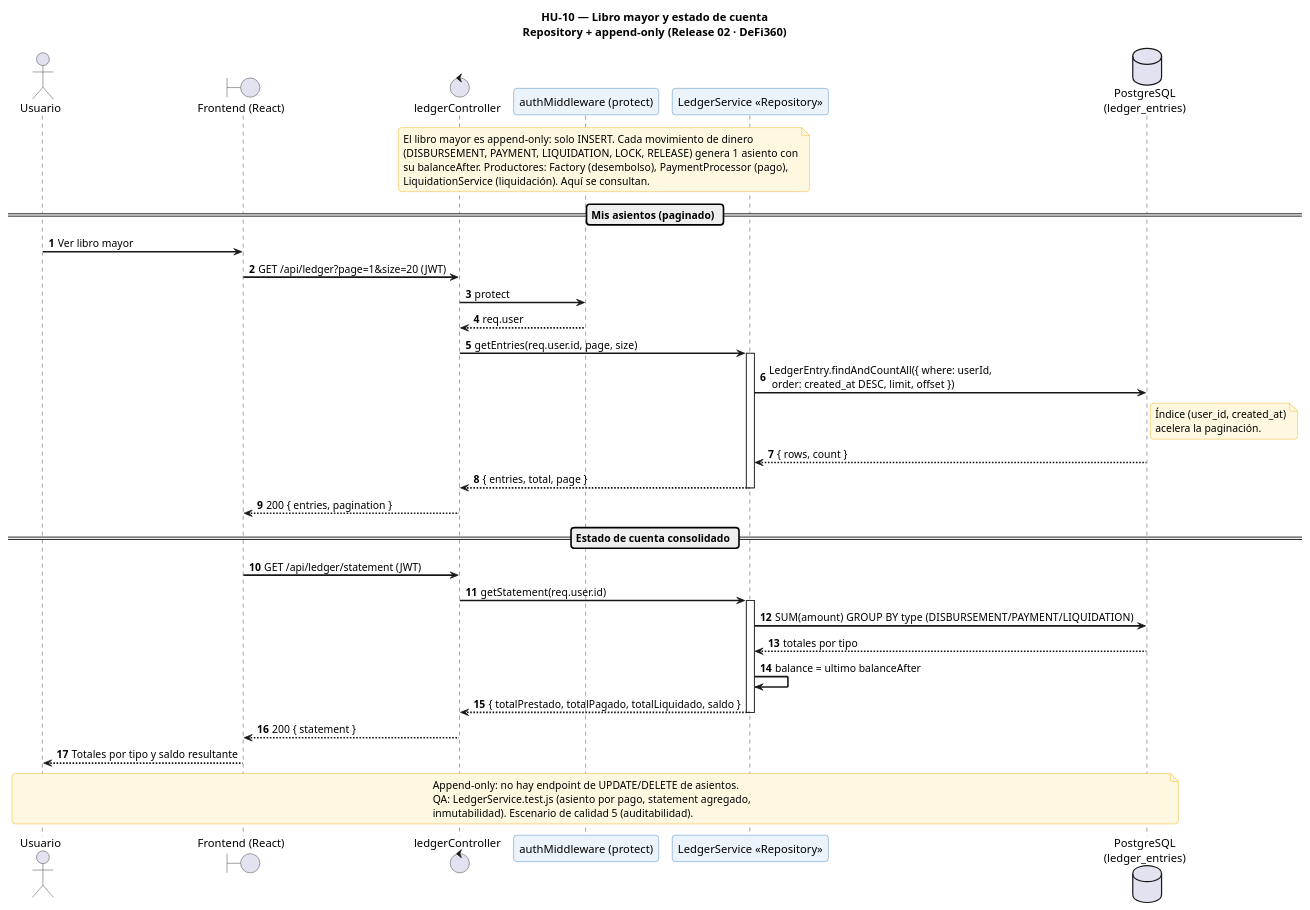
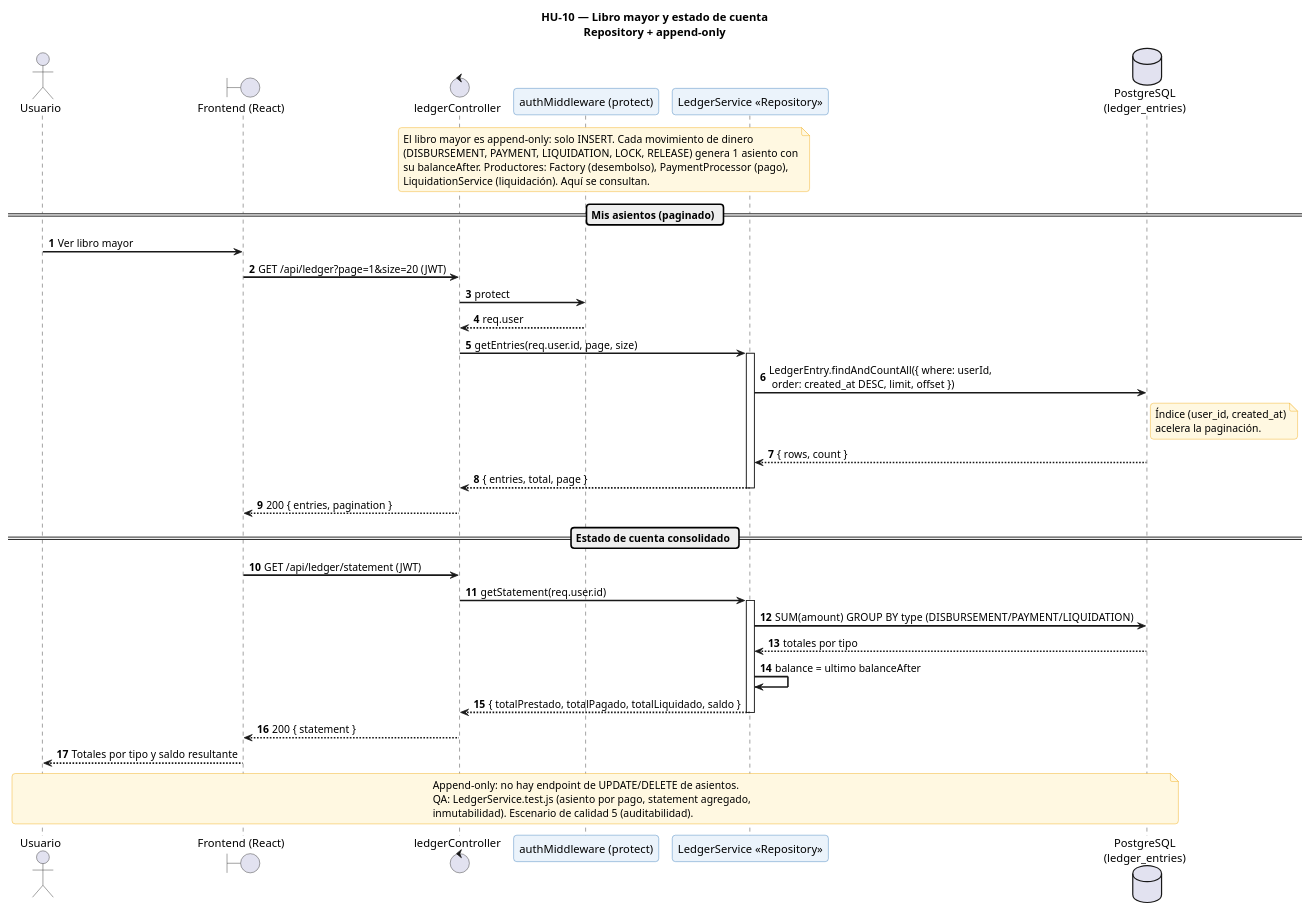
The diagram in Release 02/Diagramas/HU-10_LibroMayor_secuencia.puml (Brando-01/Software2), drawn with PlantUML before and after one commit. The commit also changed 13 other files, not shown here.

Commit message:
Resolucion de la HU09, respecto a la actualizacion de diagramas de secuencia y de clases, e implementacion de los states y commands

```diff
--- a/Release 02/Diagramas/HU-10_LibroMayor_secuencia.puml
+++ b/Release 02/Diagramas/HU-10_LibroMayor_secuencia.puml
@@ -1,62 +1,62 @@
 @startuml HU10_LibroMayor_secuencia
-title HU-10 — Libro mayor y estado de cuenta\nRepository + append-only (Release 02 · DeFi360)
+title HU-10 — Libro mayor y estado de cuenta\nRepository + append-only
 
 skinparam sequenceArrowThickness 2
 skinparam roundcorner 8
 skinparam sequenceParticipantBorderColor #2E75B6
 skinparam sequenceParticipantBackgroundColor #EBF3FB
 skinparam noteBorderColor #F0A500
 skinparam noteBackgroundColor #FFF8E1
 
 actor       "Usuario"                          as User
 boundary    "Frontend (React)"                 as UI
 control     "ledgerController"                 as LC
 participant "authMiddleware (protect)"         as MW
 participant "LedgerService <<Repository>>"     as LED
 database    "PostgreSQL\n(ledger_entries)"     as DB
 
 autonumber
 
 note over LC, LED
   El libro mayor es append-only: solo INSERT. Cada movimiento de dinero
   (DISBURSEMENT, PAYMENT, LIQUIDATION, LOCK, RELEASE) genera 1 asiento con
   su balanceAfter. Productores: Factory (desembolso), PaymentProcessor (pago),
   LiquidationService (liquidación). Aquí se consultan.
 end note
 
 == Mis asientos (paginado) ==
 User -> UI : Ver libro mayor
 UI -> LC : GET /api/ledger?page=1&size=20 (JWT)
 LC -> MW : protect
 MW --> LC : req.user
 LC -> LED : getEntries(req.user.id, page, size)
 activate LED
 LED -> DB : LedgerEntry.findAndCountAll({ where: userId,\n order: created_at DESC, limit, offset })
 note right of DB
   Índice (user_id, created_at)
   acelera la paginación.
 end note
 DB --> LED : { rows, count }
 LED --> LC : { entries, total, page }
 deactivate LED
 LC --> UI : 200 { entries, pagination }
 
 == Estado de cuenta consolidado ==
 UI -> LC : GET /api/ledger/statement (JWT)
 LC -> LED : getStatement(req.user.id)
 activate LED
 LED -> DB : SUM(amount) GROUP BY type  (DISBURSEMENT/PAYMENT/LIQUIDATION)
 DB --> LED : totales por tipo
 LED -> LED : balance = ultimo balanceAfter
 LED --> LC : { totalPrestado, totalPagado, totalLiquidado, saldo }
 deactivate LED
 LC --> UI : 200 { statement }
 UI --> User : Totales por tipo y saldo resultante
 
 note over User, DB
   Append-only: no hay endpoint de UPDATE/DELETE de asientos.
   QA: LedgerService.test.js (asiento por pago, statement agregado,
   inmutabilidad). Escenario de calidad 5 (auditabilidad).
 end note
 
 @enduml
```
